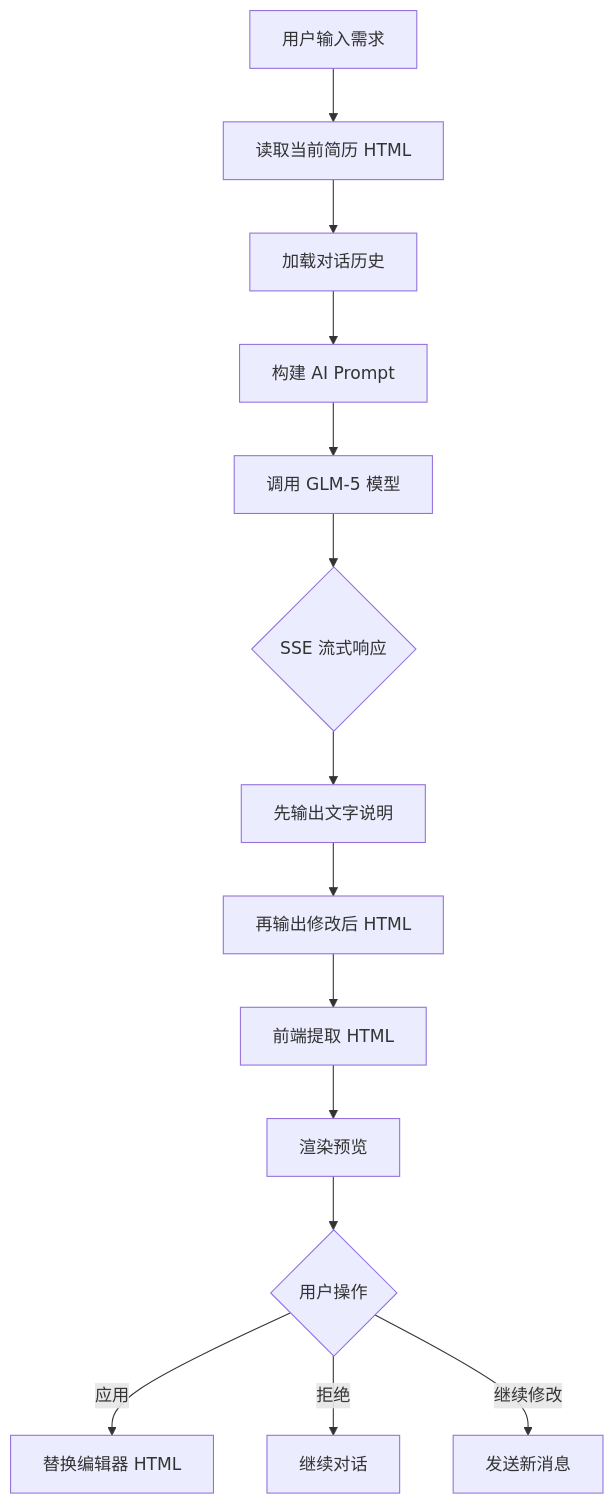
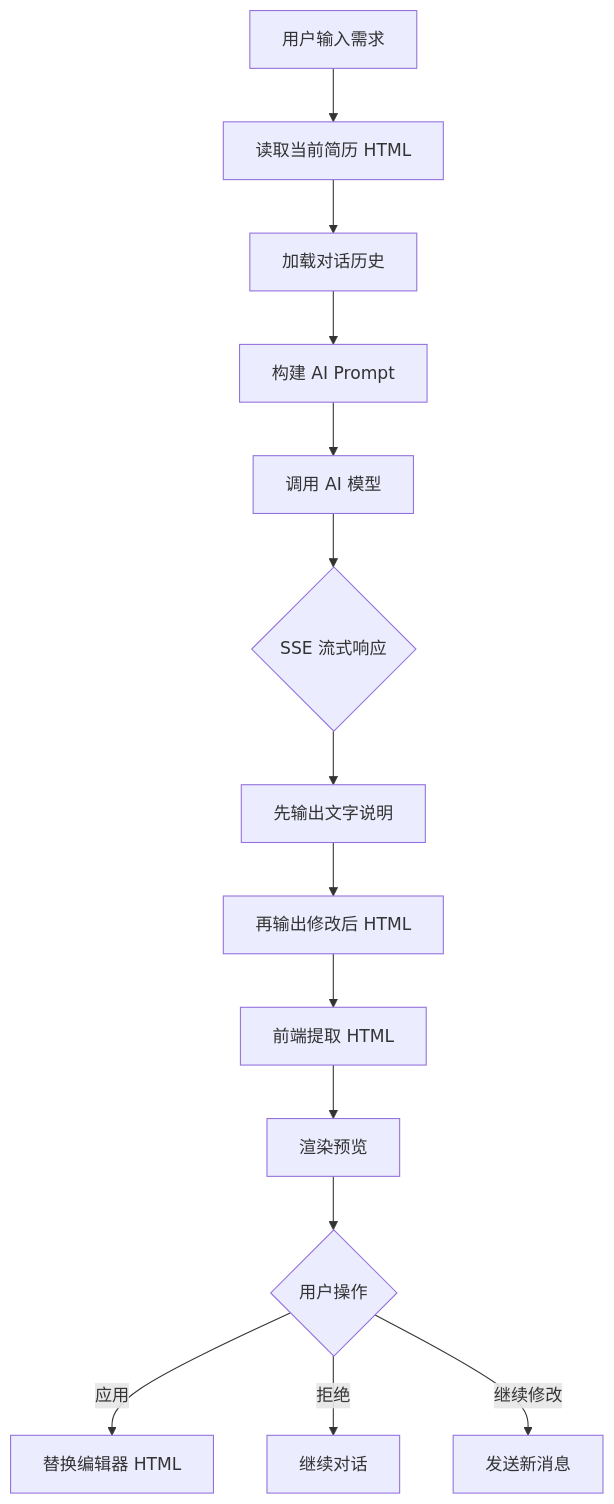
The third of 3 diagrams in docs/01-product/product-logic-diagrams.md (MEO-wj/ResumeGenius), drawn with Mermaid before and after one commit. The commit also changed 11 other files, not shown here.

````diff
--- a/docs/01-product/product-logic-diagrams.md
+++ b/docs/01-product/product-logic-diagrams.md
@@ -91,20 +91,20 @@
 ```mermaid
 flowchart TD
     A[用户输入需求] --> B[读取当前简历 HTML]
     B --> C[加载对话历史]
 
     C --> D[构建 AI Prompt]
-    D --> E[调用 GLM-5 模型]
+    D --> E[调用 AI 模型]
 
     E --> F{SSE 流式响应}
     F --> G[先输出文字说明]
     G --> H[再输出修改后 HTML]
 
     H --> I[前端提取 HTML]
     I --> J[渲染预览]
 
     J --> K{用户操作}
     K -- 应用 --> L[替换编辑器 HTML]
     K -- 拒绝 --> M[继续对话]
     K -- 继续修改 --> N[发送新消息]
 ```
````
